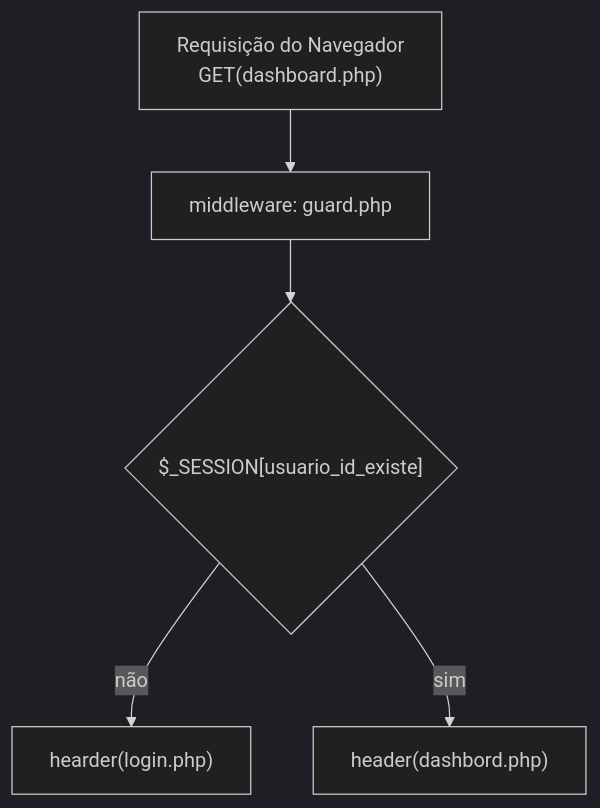
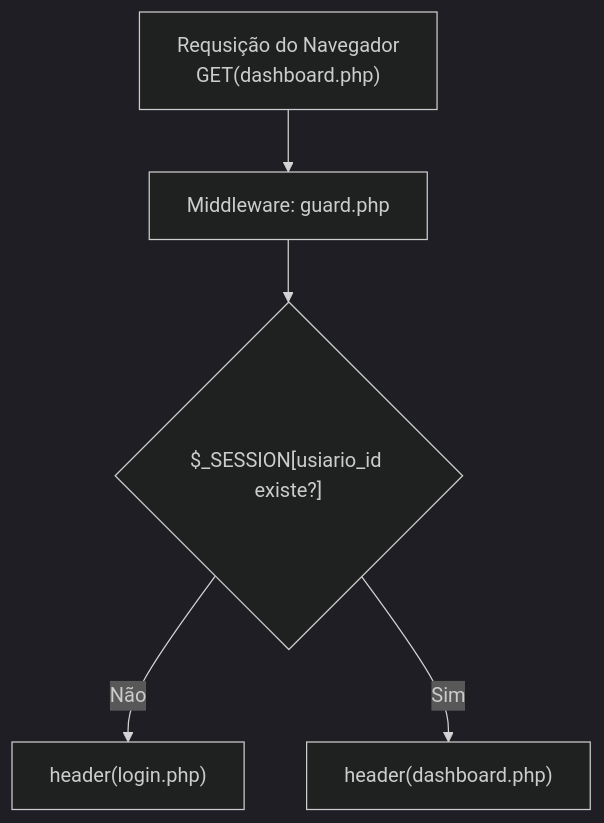
Diagram 18 of 28 in PHP/README.md (Llllggcctrc/nBackEnd), drawn with Mermaid (dark theme) before and after one commit. The commit also changed other lines of this file and 1 other file, not shown here.

````diff
--- a/PHP/README.md
+++ b/PHP/README.md
@@ -1626,9 +1631,8 @@
-```mermaid 
-flowchart TD 
-    req["Requisição do Navegador<br/>GET(dashboard.php)"]-->guard["middleware: guard.php"]
+```mermaid
+flowchart TD
+    req["Requsição do Navegador<br/>GET(dashboard.php)"]--> guard["Middleware: guard.php"]
 
-    guard --> check{"$_SESSION[usuario_id_existe]"}
-    check -- não --> kick["hearder(login.php)"]
-    check -- sim --> allow["header(dashbord.php)"]
-    
+    guard --> check{"$_SESSION[usiario_id existe?]"}
+    check -- Não --> kick["header(login.php)"]
+    check -- Sim --> allow["header(dashboard.php)"]
 ```
````
